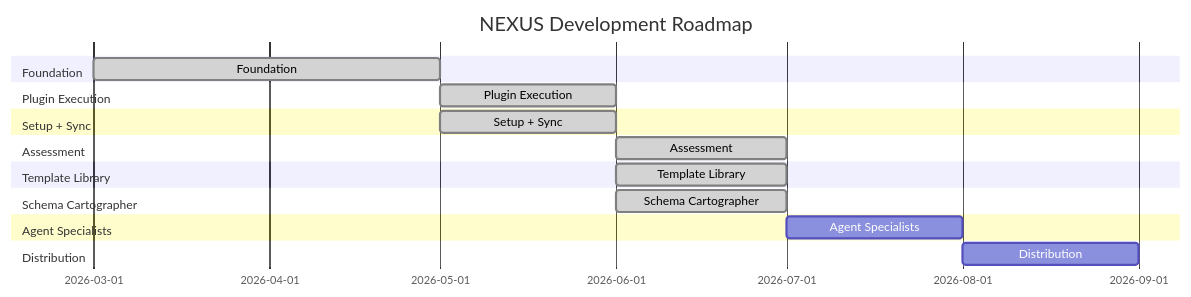
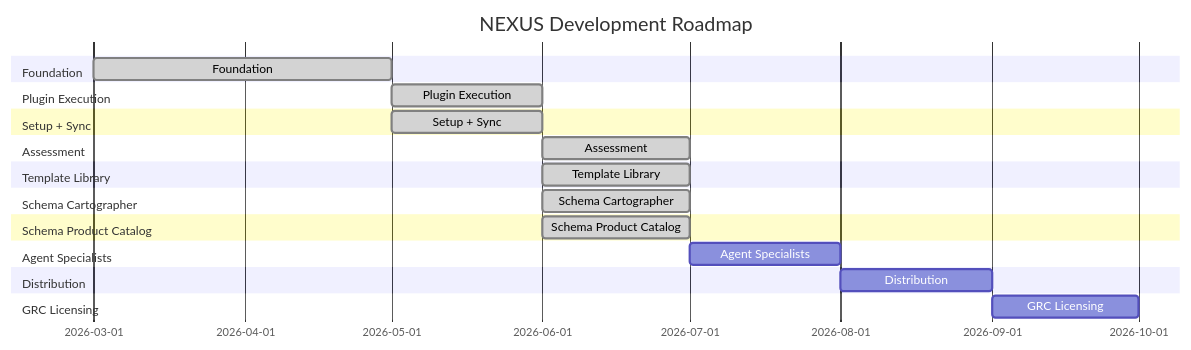
Before and after one commit to pierregrothe/nexus-sn: the second of 3 diagrams in README.md, drawn with Mermaid. The commit also changed other lines of this file, not shown here.

Commit message:
docs(readme): update schema section for product catalog, test count, roadmap Gantt

````diff
--- a/README.md
+++ b/README.md
@@ -94,21 +94,25 @@
 ```mermaid
 gantt
     title NEXUS Development Roadmap
     dateFormat YYYY-MM
     section Foundation
         Foundation                   :done, 2026-03, 2026-05
     section Plugin Execution
         Plugin Execution             :done, 2026-05, 2026-06
     section Setup + Sync
         Setup + Sync                 :done, 2026-05, 2026-06
     section Assessment
         Assessment                   :done, 2026-06, 2026-07
     section Template Library
         Template Library             :done, 2026-06, 2026-07
     section Schema Cartographer
         Schema Cartographer          :done, 2026-06, 2026-07
+    section Schema Product Catalog
+        Schema Product Catalog       :done, 2026-06, 2026-07
     section Agent Specialists
         Agent Specialists            : 2026-07, 2026-08
     section Distribution
         Distribution                 : 2026-08, 2026-09
+    section GRC Licensing
+        GRC Licensing                : 2026-09, 2026-10
 ```
````
